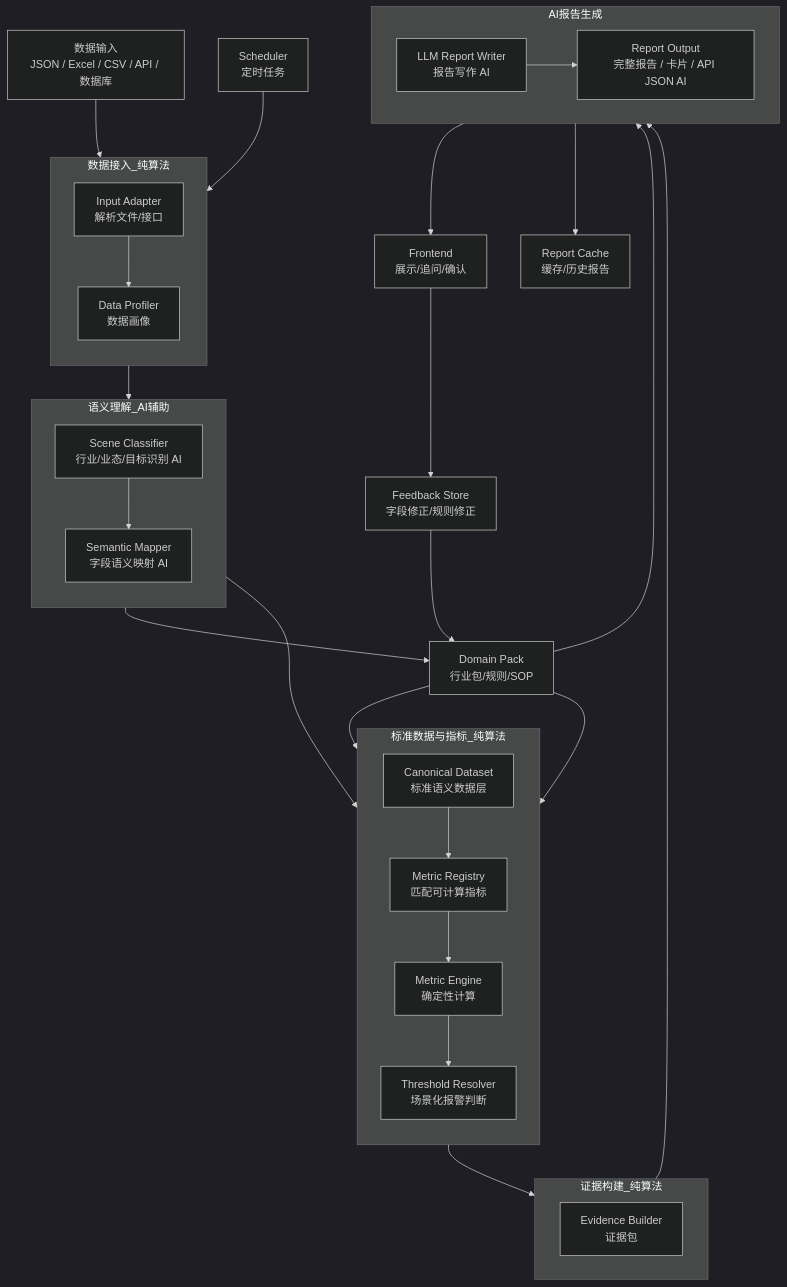
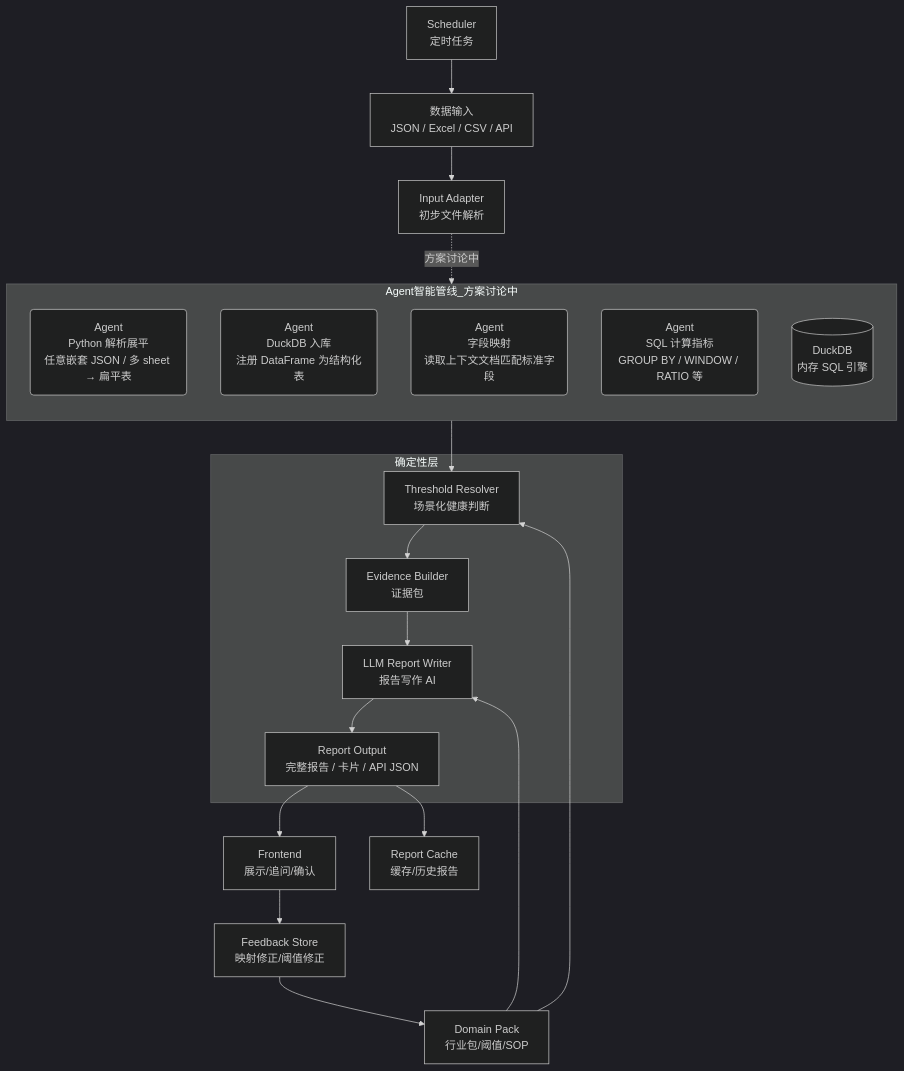
Before and after one commit to FuLuTang/AI-Store-Analysis-System: the first of 2 diagrams in docs/架构设计.md, drawn with Mermaid (dark theme). The commit also changed other lines of this file and 22 other files, not shown here.

````diff
--- a/docs/架构设计.md
+++ b/docs/架构设计.md
@@ -5,46 +5,32 @@
 ```mermaid
 flowchart TD
-    A[数据输入<br/>JSON / Excel / CSV / API / 数据库] --> B[Input Adapter<br/>解析文件/接口]
+    A[数据输入<br/>JSON / Excel / CSV / API] --> B[Input Adapter<br/>初步文件解析]
+    B -.->|方案讨论中| Agent智能管线_方案讨论中
 
-    subgraph 数据接入_纯算法
+    Agent智能管线_方案讨论中 --> D[Threshold Resolver<br/>场景化健康判断]
+
+    subgraph Agent智能管线_方案讨论中
         direction TB
-        B --> C[Data Profiler<br/>数据画像]
+        AG1("Agent<br/>Python 解析展平<br/>任意嵌套 JSON / 多 sheet → 扁平表")
+        AG2("Agent<br/>DuckDB 入库<br/>注册 DataFrame 为结构化表")
+        AG3("Agent<br/>字段映射<br/>读取上下文文档匹配标准字段")
+        AG4("Agent<br/>SQL 计算指标<br/>GROUP BY / WINDOW / RATIO 等")
+        AG5[("DuckDB<br/>内存 SQL 引擎")]
     end
 
-    subgraph 语义理解_AI辅助
-        direction TB
-        C --> D[Scene Classifier<br/>行业/业态/目标识别 AI]
-        D --> E[Semantic Mapper<br/>字段语义映射 AI]
+    subgraph 确定性层
+        D --> E[Evidence Builder<br/>证据包]
+        E --> F[LLM Report Writer<br/>报告写作 AI]
+        F --> G[Report Output<br/>完整报告 / 卡片 / API JSON]
     end
 
-    subgraph 标准数据与指标_纯算法
-        direction TB
-        E --> F[Canonical Dataset<br/>标准语义数据层]
-        F --> G[Metric Registry<br/>匹配可计算指标]
-        G --> H[Metric Engine<br/>确定性计算]
-        H --> I[Threshold Resolver<br/>场景化报警判断]
-    end
+    H[Domain Pack<br/>行业包/阈值/SOP] --> D
+    H --> F
 
-    subgraph 证据构建_纯算法
-        direction LR
-        I --> J[Evidence Builder<br/>证据包]
-    end
+    G --> I[Frontend<br/>展示/追问/确认]
+    I --> J[Feedback Store<br/>映射修正/阈值修正]
+    J --> H
 
-    subgraph AI报告生成
-        direction LR
-        J --> L[LLM Report Writer<br/>报告写作 AI]
-        L --> M[Report Output<br/>完整报告 / 卡片 / API JSON AI]
-    end
-
-    D --> K[Domain Pack<br/>行业包/规则/SOP]
-    K --> G
-    K --> I
-    K --> L
-
-    M --> N[Frontend<br/>展示/追问/确认]
-    N --> O[Feedback Store<br/>字段修正/规则修正]
-    O --> K
-
-    P[Scheduler<br/>定时任务] --> B
-    M --> Q[Report Cache<br/>缓存/历史报告]
+    K[Scheduler<br/>定时任务] --> A
+    G --> L[Report Cache<br/>缓存/历史报告]
 ```
````
